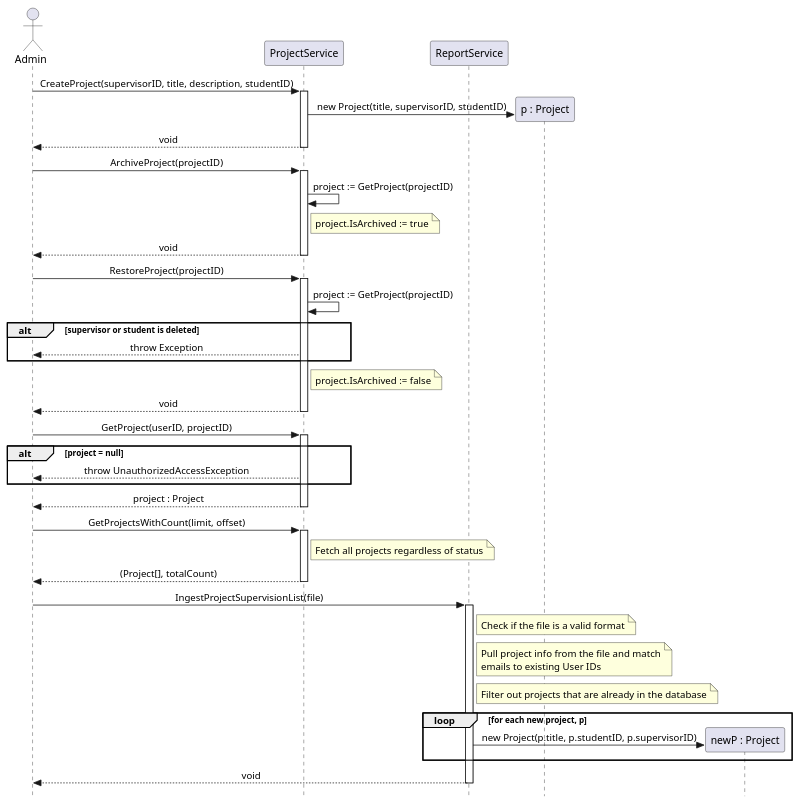
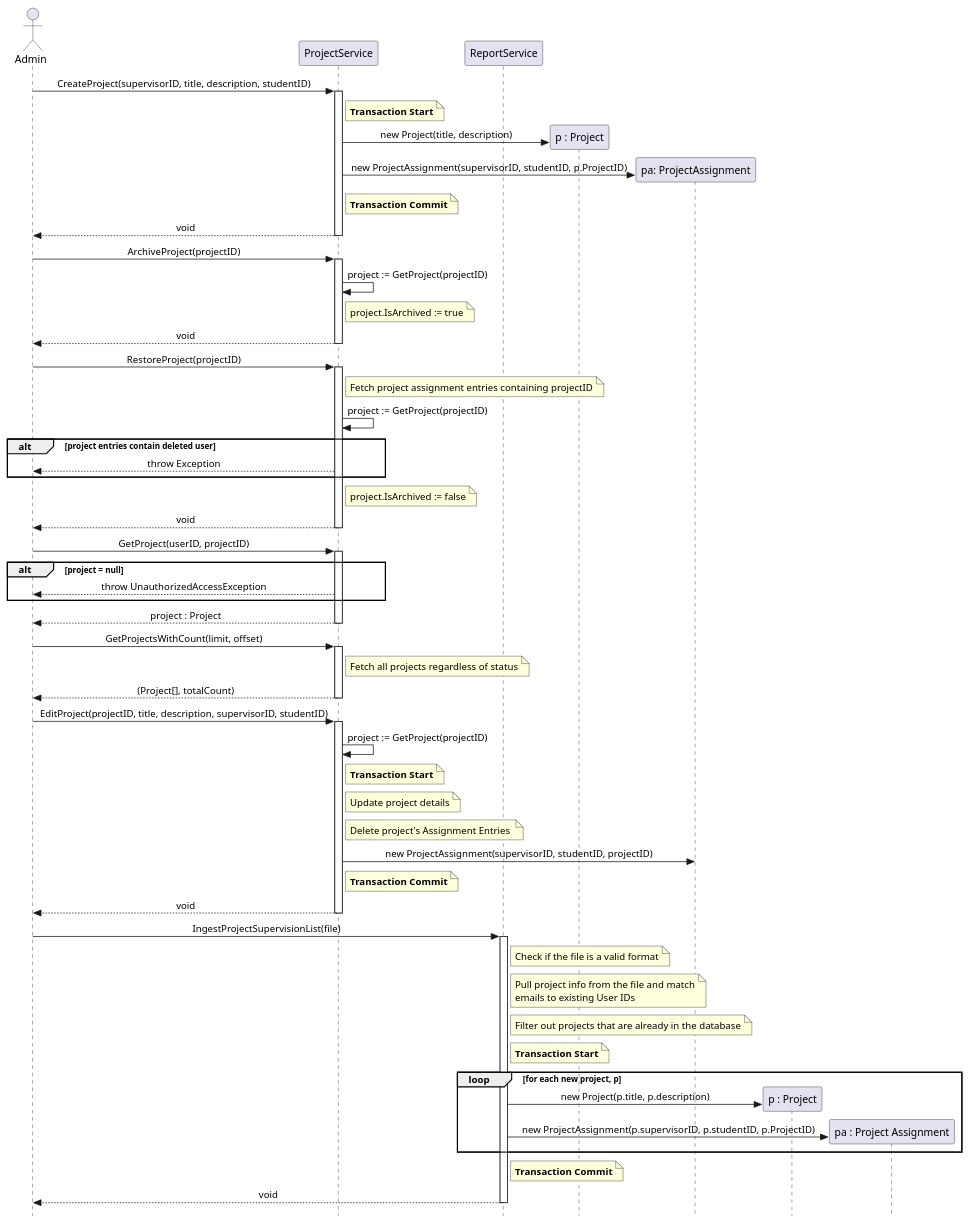
One commit to Beginner50/Dissertation changed the diagram in UML/Sequence Diagrams/Project Management (Admin).plantuml. Above: the diagram before and after it, drawn with PlantUML. The commit also changed 269 other files, not shown here.

```diff
--- a/UML/Sequence Diagrams/Project Management (Admin).plantuml
+++ b/UML/Sequence Diagrams/Project Management (Admin).plantuml
@@ -1,67 +1,94 @@
 @startuml
 skinparam Style strictuml
 skinparam SequenceMessageAlignment center
 
 actor Admin
 participant "ProjectService" as PS
 participant "ReportService" as RS
 
 Admin -> PS : CreateProject(supervisorID, title, description, studentID)
 activate PS
+    note right of PS: **Transaction Start**
     create participant "p : Project" as P
-    PS -> P : new Project(title, supervisorID, studentID)
+    PS -> P : new Project(title, description)
+    create participant "pa: ProjectAssignment" as PA
+    PS -> PA : new ProjectAssignment(supervisorID, studentID, p.ProjectID)
+    note right of PS: **Transaction Commit**
     PS --> Admin : void
 deactivate PS
 
 Admin -> PS : ArchiveProject(projectID)
 activate PS
     PS -> PS : project := GetProject(projectID)
     note right of PS : project.IsArchived := true
     PS --> Admin : void
 deactivate PS
 
 Admin -> PS : RestoreProject(projectID)
 activate PS
+    note right of PS
+         Fetch project assignment entries containing projectID
+    end note
     PS -> PS : project := GetProject(projectID)
     
-    alt supervisor or student is deleted
+    alt project entries contain deleted user
         PS --> Admin : throw Exception
     end
     note right of PS : project.IsArchived := false
     PS --> Admin : void
 deactivate PS
 
 Admin -> PS : GetProject(userID, projectID)
 activate PS
     alt project = null
         PS --> Admin: throw UnauthorizedAccessException
     end
     PS --> Admin : project : Project
 deactivate PS
 
 Admin -> PS : GetProjectsWithCount(limit, offset)
 activate PS
     note right of PS : Fetch all projects regardless of status
     PS --> Admin : (Project[], totalCount)
 deactivate PS
 
+Admin -> PS : EditProject(projectID, title, description, supervisorID, studentID)
+activate PS
+    PS -> PS : project := GetProject(projectID)
+    
+    note right of PS: **Transaction Start**
+    note right of PS : Update project details 
+    note right of PS
+        Delete project's Assignment Entries 
+    end note
+    create participant "pa: ProjectAssignment" as PA
+    PS -> PA : new ProjectAssignment(supervisorID, studentID, projectID)
+    note right of PS: **Transaction Commit**
+
+    PS --> Admin : void
+deactivate PS
+
 Admin -> RS : IngestProjectSupervisionList(file)
 activate RS
     
     note right of RS : Check if the file is a valid format
     
     note right of RS
         Pull project info from the file and match
         emails to existing User IDs
     end note
 
     note right of RS : Filter out projects that are already in the database
 
+    note right of RS: **Transaction Start**
     loop for each new project, p
-        create participant "newP : Project" as NP
-        RS -> NP : new Project(p.title, p.studentID, p.supervisorID)
+        create participant "p : Project" as NP
+        RS -> NP : new Project(p.title, p.description)
+        create participant "pa : Project Assignment" as NPA
+        RS -> NPA : new ProjectAssignment(p.supervisorID, p.studentID, p.ProjectID)
     end
+    note right of RS: **Transaction Commit**
     RS --> Admin : void
 deactivate RS
 
 @enduml
```
